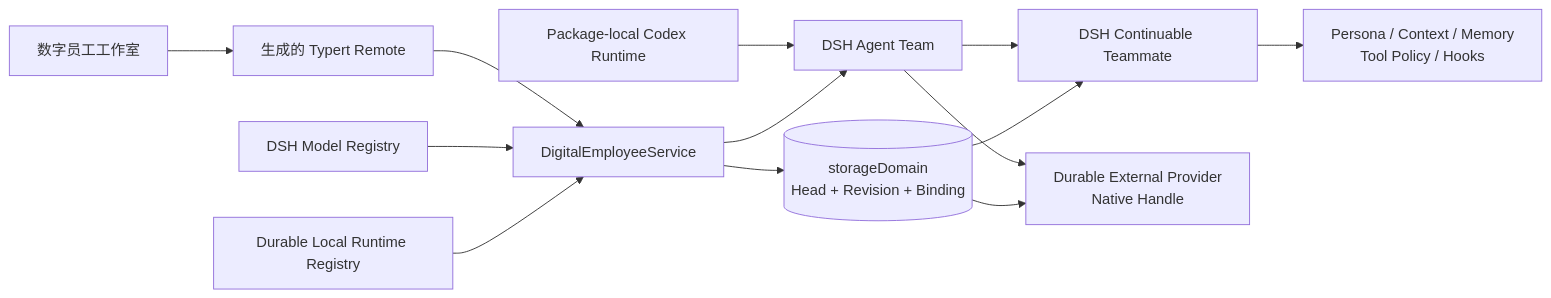
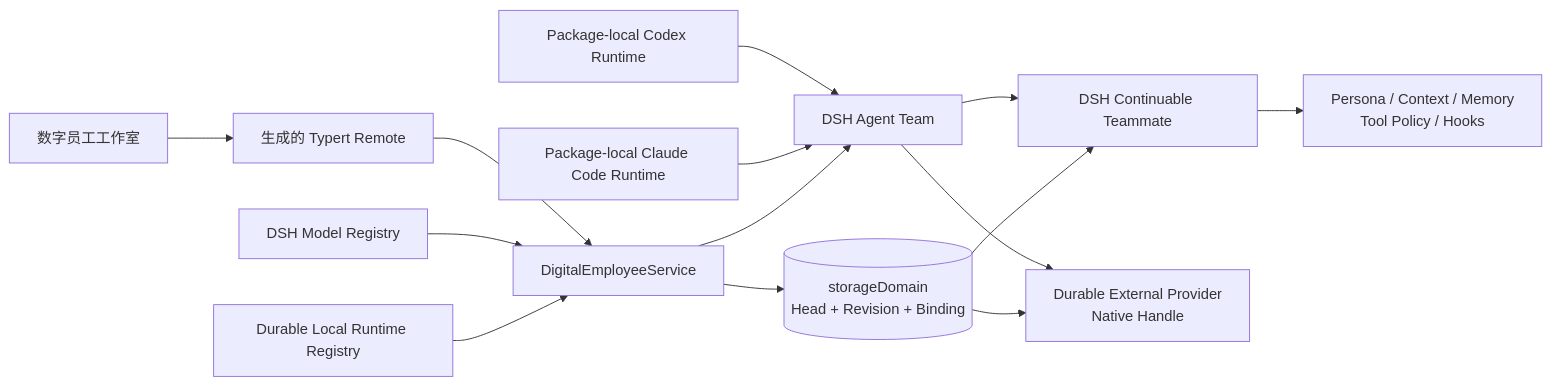
The diagram in README.md (benz-ai-x/dsh-agent-team-ultra), drawn with Mermaid before and after one commit. The commit also changed other lines of this file and 14 other files, not shown here.

First line of the commit message:
feat: activate durable Claude Code runtime backend

````diff
--- a/README.md
+++ b/README.md
@@ -20,15 +21,16 @@
 ```mermaid
 flowchart LR
   UI[数字员工工作室] --> RPC[生成的 Typert Remote]
   RPC --> HOST[DigitalEmployeeService]
   MODELS[DSH Model Registry] --> HOST
   CODEX[Package-local Codex Runtime] --> TEAM
+  CLAUDE[Package-local Claude Code Runtime] --> TEAM
   LOCAL[Durable Local Runtime Registry] --> HOST
   HOST --> STORE[(storageDomain\nHead + Revision + Binding)]
   HOST --> TEAM[DSH Agent Team]
   TEAM --> CHILD[DSH Continuable Teammate]
   TEAM --> NATIVE[Durable External Provider\nNative Handle]
   STORE --> CHILD
   STORE --> NATIVE
   CHILD --> SCOPE[Persona / Context / Memory\nTool Policy / Hooks]
 ```
````
